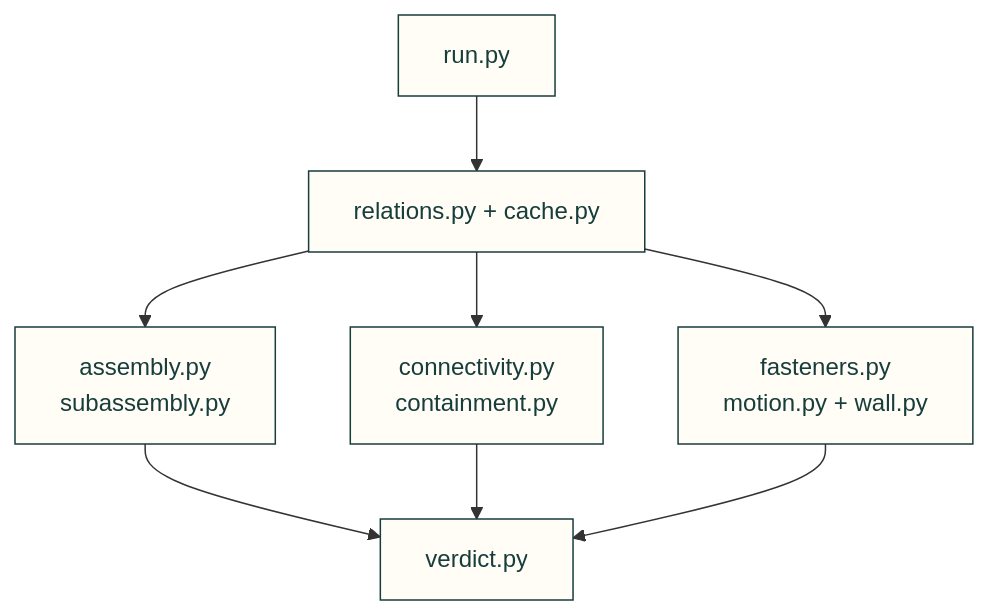
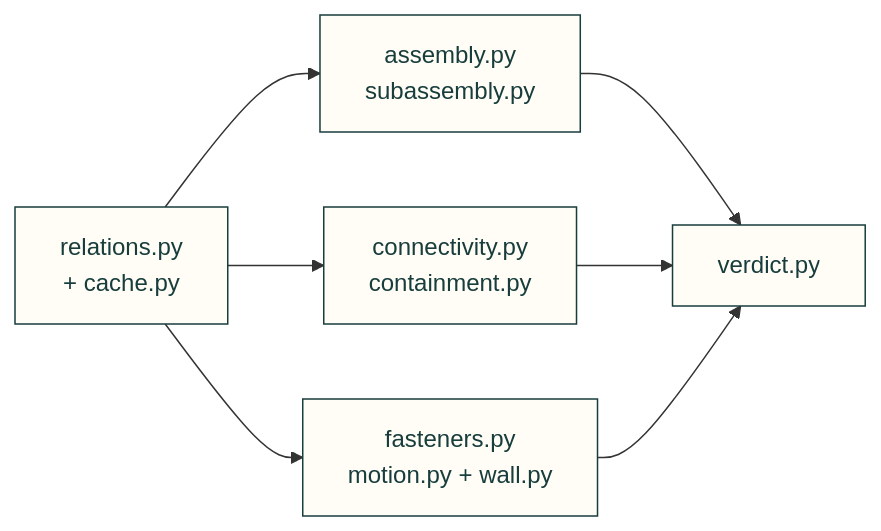
Before and after one commit to Valpatel/cad-agent: the second of 2 diagrams in software/cadagent/review/gates/README.md, drawn with Mermaid. The commit also changed other lines of this file and 26 other files, not shown here.

Commit message:
docs(repo): make published folder diagrams readable across screen sizes

````diff
--- a/software/cadagent/review/gates/README.md
+++ b/software/cadagent/review/gates/README.md
@@ -5,11 +19,15 @@
 ```mermaid
-flowchart TD
-    R["run.py"] --> A["relations.py + cache.py"]
-    A --> G["assembly.py<br/>subassembly.py"]
-    A --> C["connectivity.py<br/>containment.py"]
-    A --> F["fasteners.py<br/>motion.py + wall.py"]
-    G & C & F --> V["verdict.py"]
+flowchart LR
+    A["relations.py<br/>+ cache.py"]
+    G["assembly.py<br/>subassembly.py"]
+    C["connectivity.py<br/>containment.py"]
+    F["fasteners.py<br/>motion.py + wall.py"]
+    V["verdict.py"]
+    A --> G
+    A --> C
+    A --> F
+    G & C & F --> V
     classDef here fill:#fffdf5,stroke:#173d3c,color:#173d3c
     classDef near fill:#eef1e4,stroke:#6f8a80,color:#173d3c
-    class R,A,G,C,F,V here
+    class A,G,C,F,V here
 ```
````
